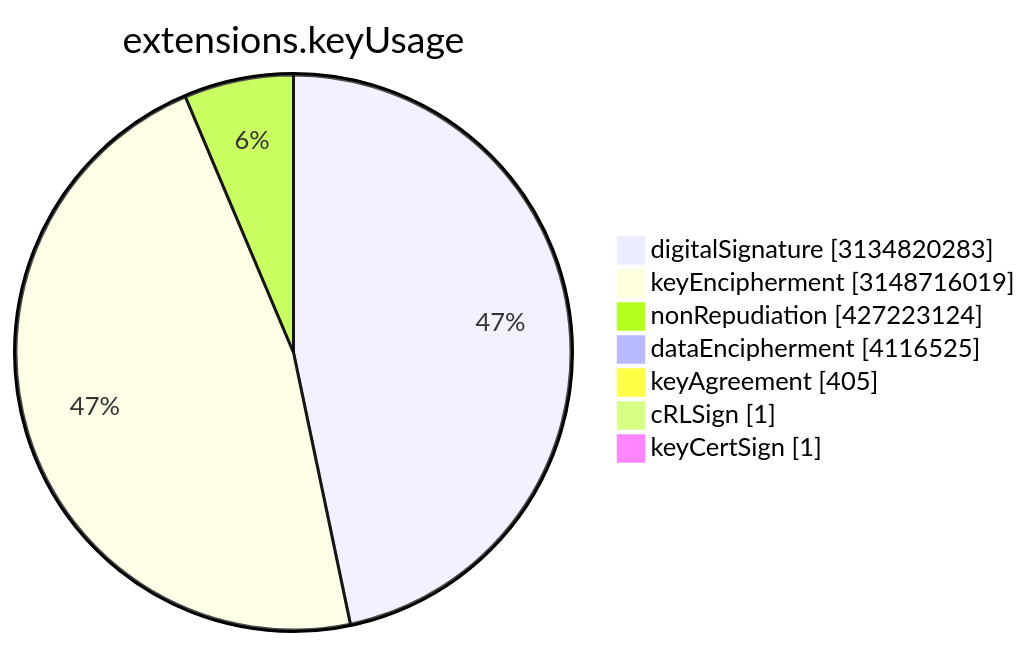
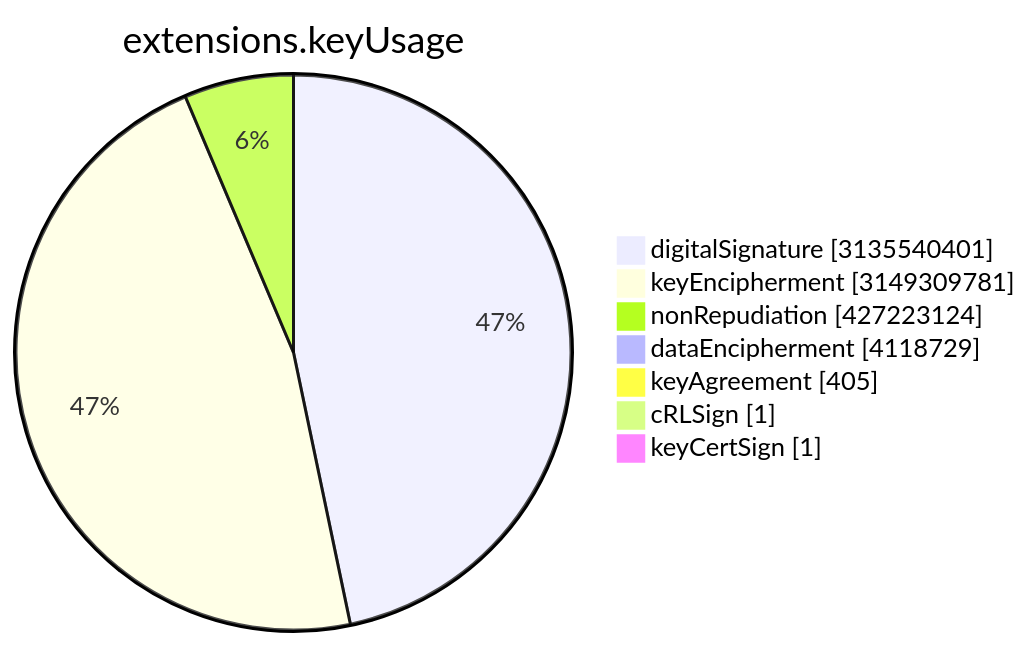
One commit to christiankrug/ctmonitor_visualization changed the sixth of 15 diagrams in TOTAL/README.md. Above: the diagram before and after it, drawn with Mermaid. The commit also changed other lines of this file, not shown here.

````diff
--- a/TOTAL/README.md
+++ b/TOTAL/README.md
@@ -3077,11 +3077,11 @@
 ```mermaid
 pie showData
 title extensions.keyUsage
-"digitalSignature" :3134820283
-"keyEncipherment" :3148716019
+"digitalSignature" :3135540401
+"keyEncipherment" :3149309781
 "nonRepudiation" :427223124
-"dataEncipherment" :4116525
+"dataEncipherment" :4118729
 "keyAgreement" :405
 "cRLSign" :1
 "keyCertSign" :1
 ```
````
